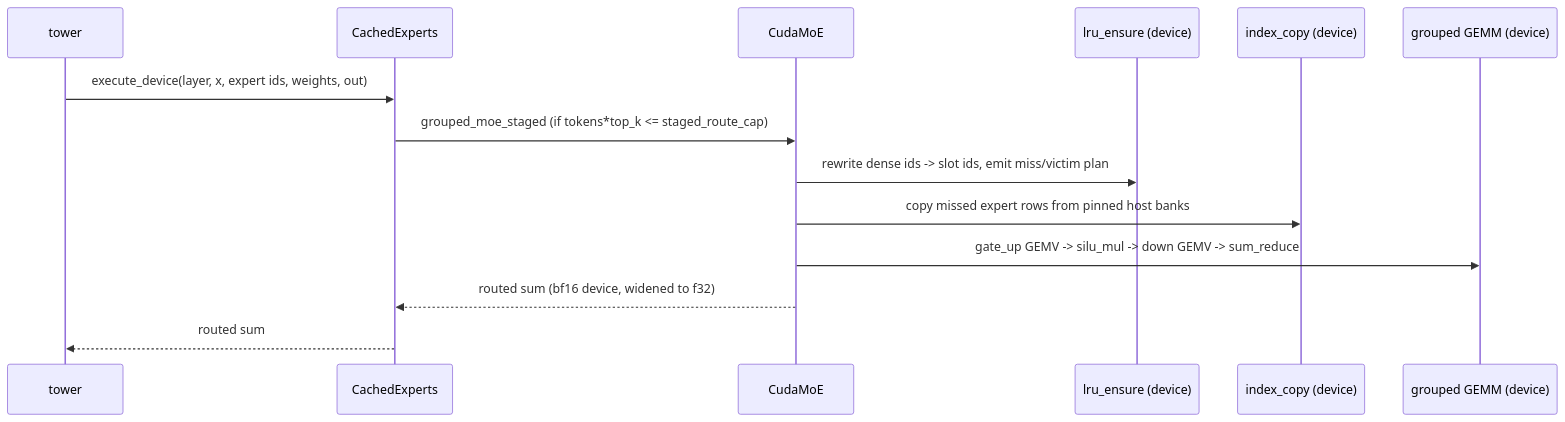
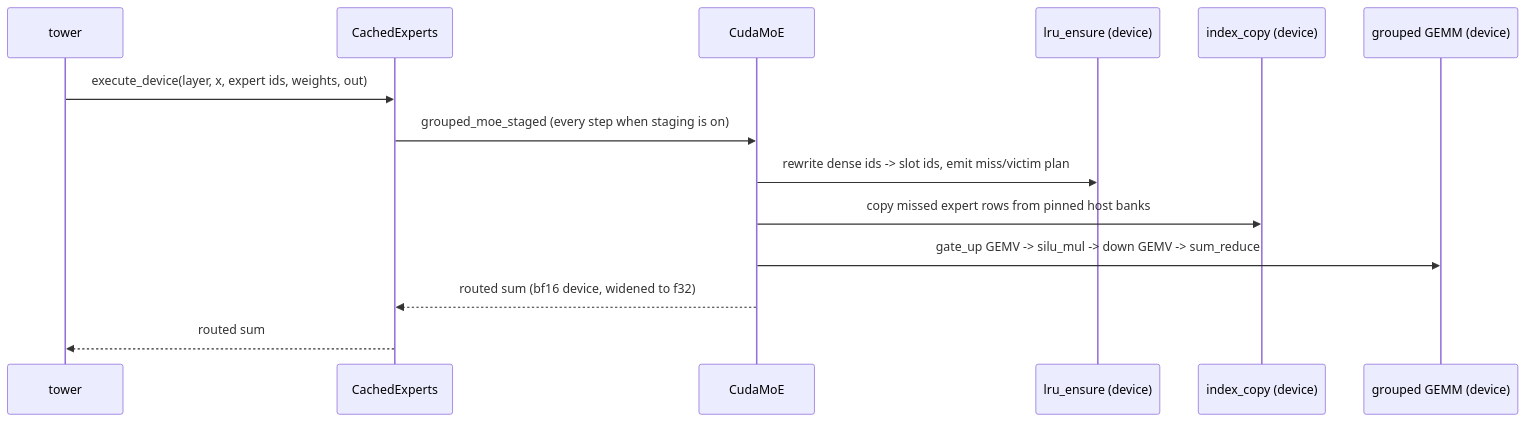
One commit to butzist/ferrum-torrens changed diagram 11 of 17 in ARCHITECTURE.md. Above: the diagram before and after it, drawn with Mermaid. The commit also changed other lines of this file and 1 other file, not shown here.

Commit message:
docs(todo): record the chunked staged prefill slice

````diff
--- a/ARCHITECTURE.md
+++ b/ARCHITECTURE.md
@@ -416,16 +416,16 @@
 ```mermaid
 sequenceDiagram
   participant M as tower
   participant CE as CachedExperts
   participant CM as CudaMoE
   participant LRU as lru_ensure (device)
   participant CP as index_copy (device)
   participant GEMM as grouped GEMM (device)
   M->>CE: execute_device(layer, x, expert ids, weights, out)
-  CE->>CM: grouped_moe_staged (if tokens*top_k <= staged_route_cap)
+  CE->>CM: grouped_moe_staged (every step when staging is on)
   CM->>LRU: rewrite dense ids -> slot ids, emit miss/victim plan
   CM->>CP: copy missed expert rows from pinned host banks
   CM->>GEMM: gate_up GEMV -> silu_mul -> down GEMV -> sum_reduce
   CM-->>CE: routed sum (bf16 device, widened to f32)
   CE-->>M: routed sum
 ```
````
